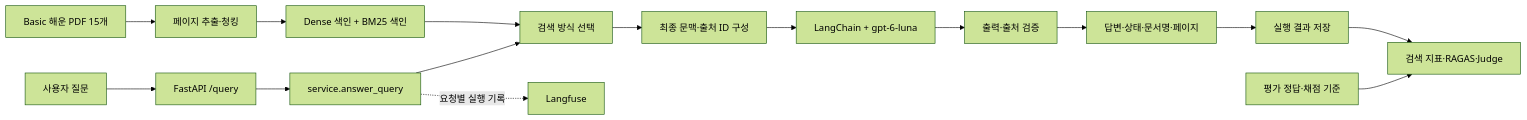
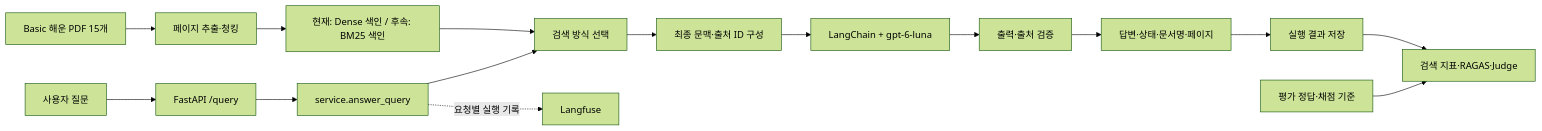
One commit to Somali-AI-Pirates/ADEN changed the diagram in docs/design/architecture.md. Above: the diagram before and after it, drawn with Mermaid (forest theme). The commit also changed other lines of this file and 110 other files, not shown here.

````diff
--- a/docs/design/architecture.md
+++ b/docs/design/architecture.md
@@ -42,17 +43,17 @@
 ```mermaid
 flowchart LR
     PDF[Basic 해운 PDF 15개] --> ING[페이지 추출·청킹]
-    ING --> IDX[Dense 색인 + BM25 색인]
+    ING --> IDX[현재: Dense 색인 / 후속: BM25 색인]
     Q[사용자 질문] --> API[FastAPI /query]
     API --> SVC[service.answer_query]
     SVC --> RET[검색 방식 선택]
     IDX --> RET
     RET --> CTX[최종 문맥·출처 ID 구성]
     CTX --> GEN[LangChain + gpt-6-luna]
     GEN --> VAL[출력·출처 검증]
     VAL --> OUT[답변·상태·문서명·페이지]
     SVC -. 요청별 실행 기록 .-> LF[Langfuse]
     OUT --> SAVE[실행 결과 저장]
     SAVE --> EVAL[검색 지표·RAGAS·Judge]
     REF[평가 정답·채점 기준] --> EVAL
 ```
````
